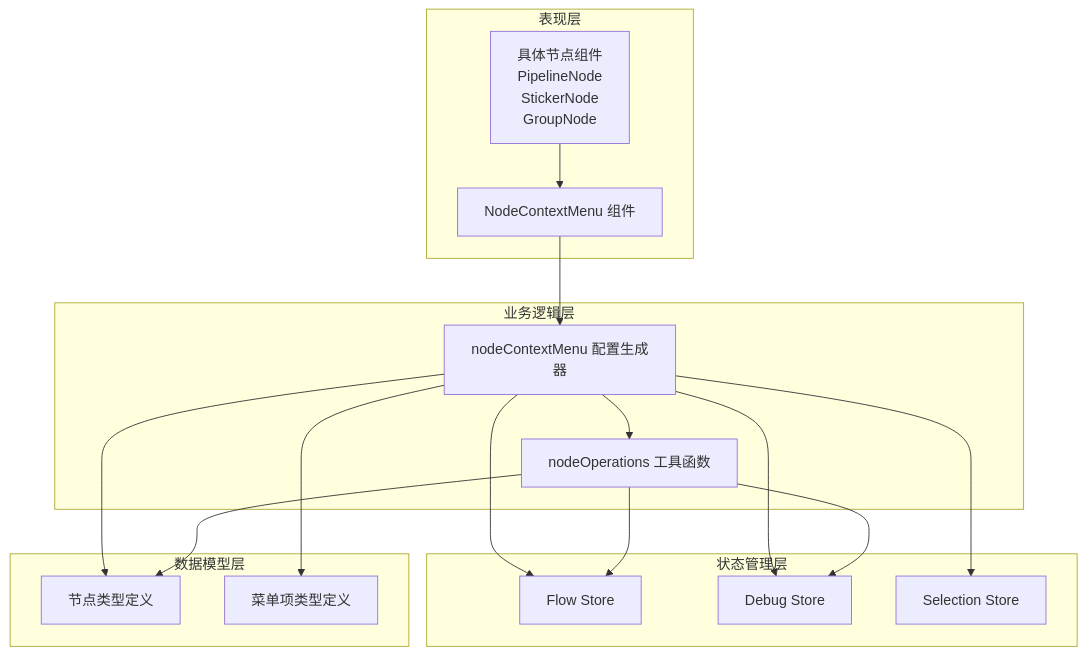
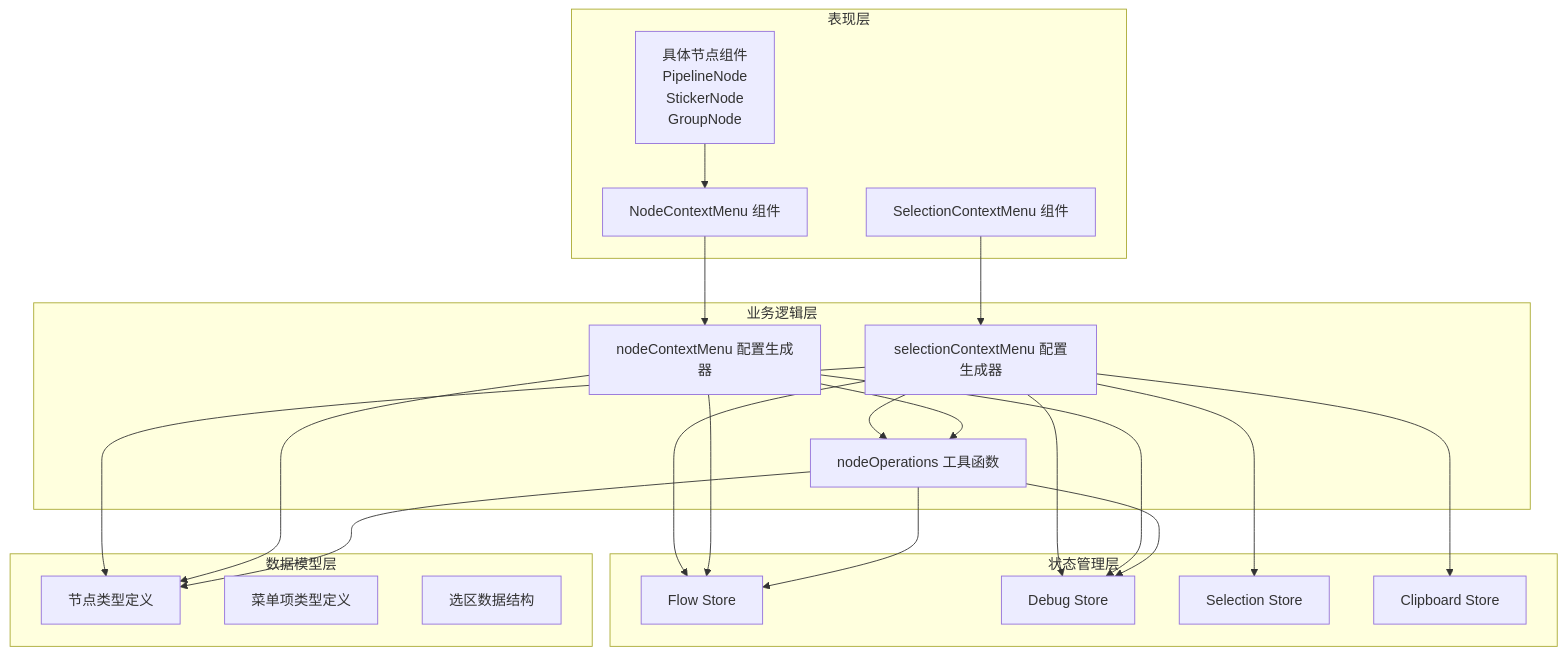
One commit to kqcoxn/MaaPipelineEditor changed the tenth of 10 diagrams in .qoder/repowiki/zh/content/Node Context Menu.md. Above: the diagram before and after it, drawn with Mermaid. The commit also changed other lines of this file and 22 other files, not shown here.

````diff
--- a/.qoder/repowiki/zh/content/Node Context Menu.md
+++ b/.qoder/repowiki/zh/content/Node Context Menu.md
@@ -302,31 +426,40 @@
 ```mermaid
 graph TB
 subgraph "表现层"
-A[NodeContextMenu 组件]
-B[具体节点组件<br/>PipelineNode<br/>StickerNode<br/>GroupNode]
+A[SelectionContextMenu 组件]
+B[NodeContextMenu 组件]
+C[具体节点组件<br/>PipelineNode<br/>StickerNode<br/>GroupNode]
 end
 subgraph "业务逻辑层"
-C[nodeContextMenu 配置生成器]
-D[nodeOperations 工具函数]
+D[selectionContextMenu 配置生成器]
+E[nodeContextMenu 配置生成器]
+F[nodeOperations 工具函数]
 end
 subgraph "状态管理层"
-E[Flow Store]
-F[Debug Store]
-G[Selection Store]
+G[Flow Store]
+H[Debug Store]
+I[Selection Store]
+J[Clipboard Store]
 end
 subgraph "数据模型层"
-H[节点类型定义]
-I[菜单项类型定义]
+K[节点类型定义]
+L[菜单项类型定义]
+M[选区数据结构]
 end
-A --> C
-B --> A
-C --> D
-C --> E
-C --> F
-C --> G
-C --> H
-C --> I
-D --> E
+A --> D
+B --> E
+C --> B
 D --> F
+E --> F
+D --> G
+E --> G
 D --> H
+E --> H
+D --> I
+D --> J
+D --> K
+E --> K
+F --> G
+F --> H
+F --> K
 ```
````
